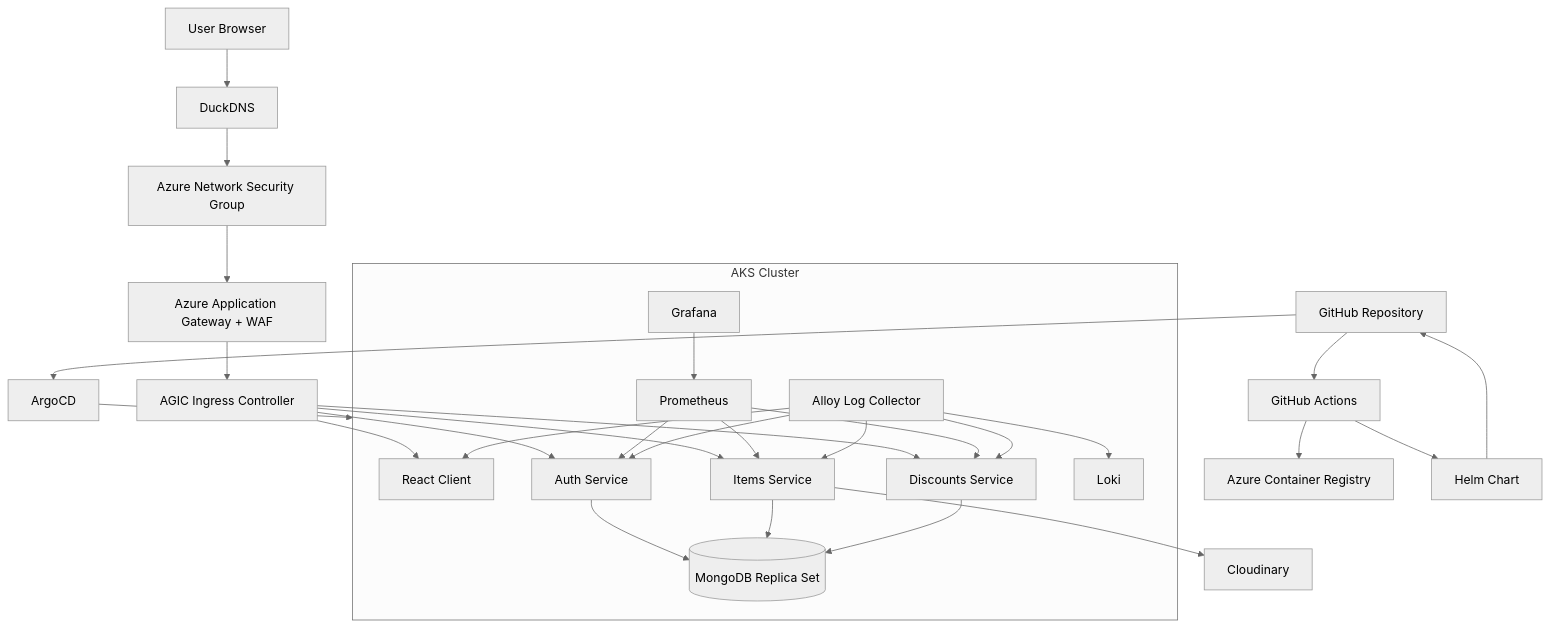
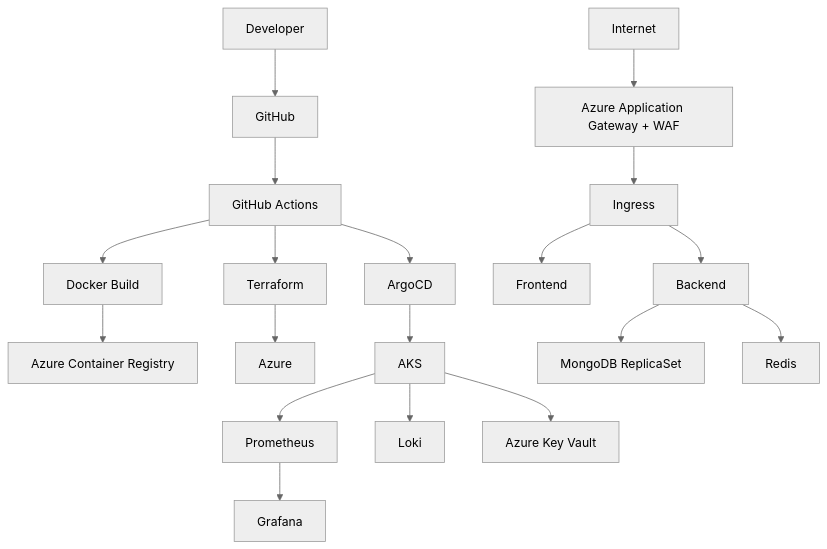
One commit to lananhtrande/Project-3-Restauranty---End-to-End-DevOps-Deployment changed the diagram in README.md. Above: the diagram before and after it, drawn with Mermaid (neutral theme). The commit also changed other lines of this file, not shown here.

````diff
--- a/README.md
+++ b/README.md
@@ -26,101 +30,39 @@
 ```mermaid
 flowchart TD
 
-    User[User Browser]
+Developer --> GitHub
 
-    DNS[DuckDNS]
+GitHub --> GitHubActions["GitHub Actions"]
 
-    NSG[Azure Network Security Group]
+GitHubActions --> Build["Docker Build"]
 
-    AppGW[Azure Application Gateway + WAF]
+Build --> ACR["Azure Container Registry"]
 
-    AGIC[AGIC Ingress Controller]
+GitHubActions --> Terraform
 
-    subgraph AKS[AKS Cluster]
+Terraform --> Azure
 
-        Client[React Client]
+GitHubActions --> ArgoCD
 
-        Auth[Auth Service]
+ArgoCD --> AKS
 
-        Items[Items Service]
+Internet --> AppGW["Azure Application Gateway + WAF"]
 
-        Discounts[Discounts Service]
+AppGW --> Ingress
 
-        Mongo[(MongoDB Replica Set)]
+Ingress --> Frontend
 
-        Prometheus[Prometheus]
+Ingress --> Backend
 
-        Grafana[Grafana]
+Backend --> MongoDB["MongoDB ReplicaSet"]
 
-        Loki[Loki]
+Backend --> Redis
 
-        Alloy[Alloy Log Collector]
+AKS --> Prometheus
 
-    end
+Prometheus --> Grafana
 
-    Cloudinary[Cloudinary]
+AKS --> Loki
 
-    GitHub[GitHub Repository]
-
-    Actions[GitHub Actions]
-
-    ACR[Azure Container Registry]
-
-    Argo[ArgoCD]
-
-    Helm[Helm Chart]
-
-    User --> DNS
-
-    DNS --> NSG
-
-    NSG --> AppGW
-
-    AppGW --> AGIC
-
-    AGIC --> Client
-
-    AGIC --> Auth
-
-    AGIC --> Items
-
-    AGIC --> Discounts
-
-    Auth --> Mongo
-
-    Items --> Mongo
-
-    Discounts --> Mongo
-
-    Items --> Cloudinary
-
-    GitHub --> Actions
-
-    Actions --> ACR
-
-    Actions --> Helm
-
-    Helm --> GitHub
-
-    GitHub --> Argo
-
-    Argo --> AKS
-
-    Prometheus --> Auth
-
-    Prometheus --> Items
-
-    Prometheus --> Discounts
-
-    Grafana --> Prometheus
-
-    Alloy --> Loki
-
-    Alloy --> Auth
-
-    Alloy --> Items
-
-    Alloy --> Discounts
-
-    Alloy --> Client
+AKS --> KeyVault["Azure Key Vault"]
 ```
````
